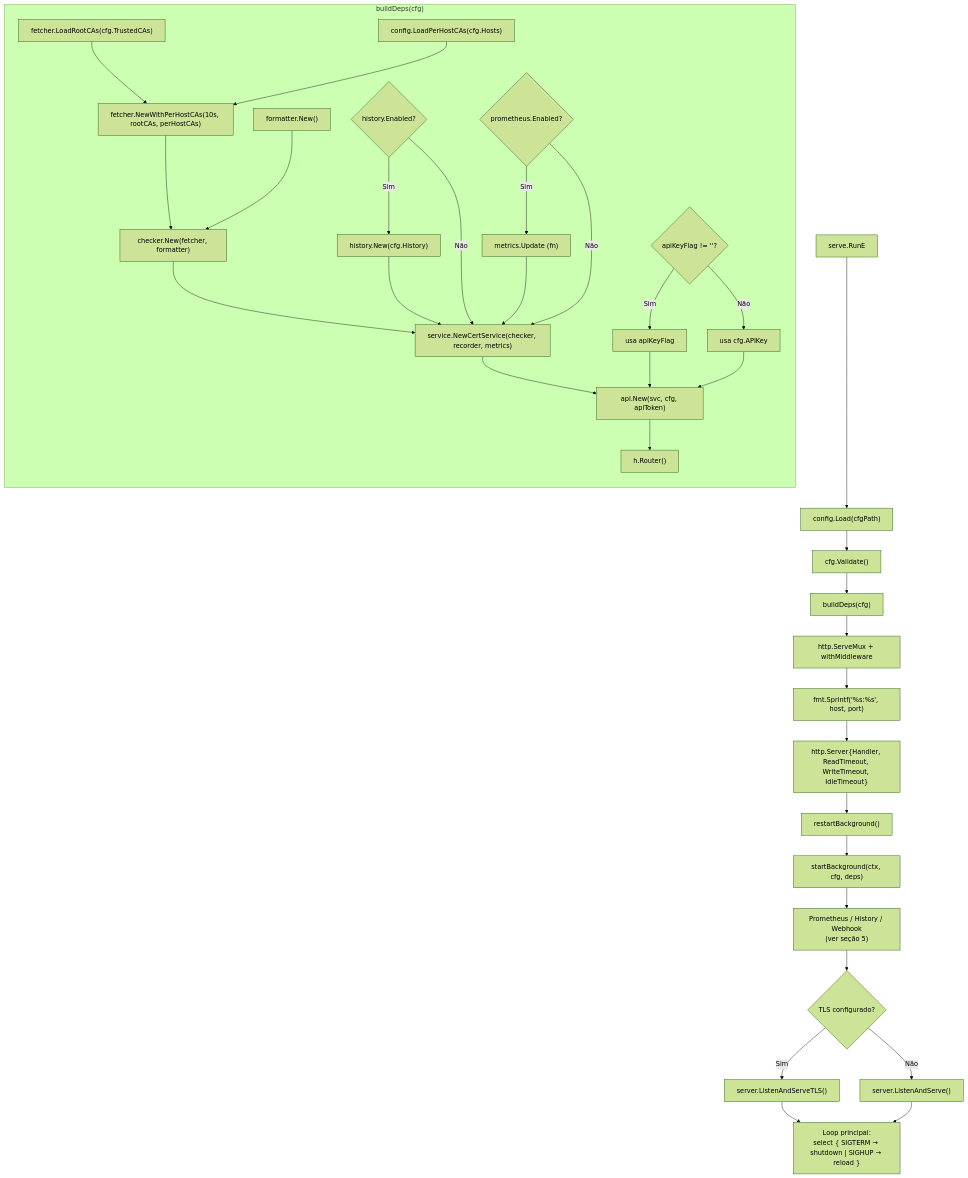
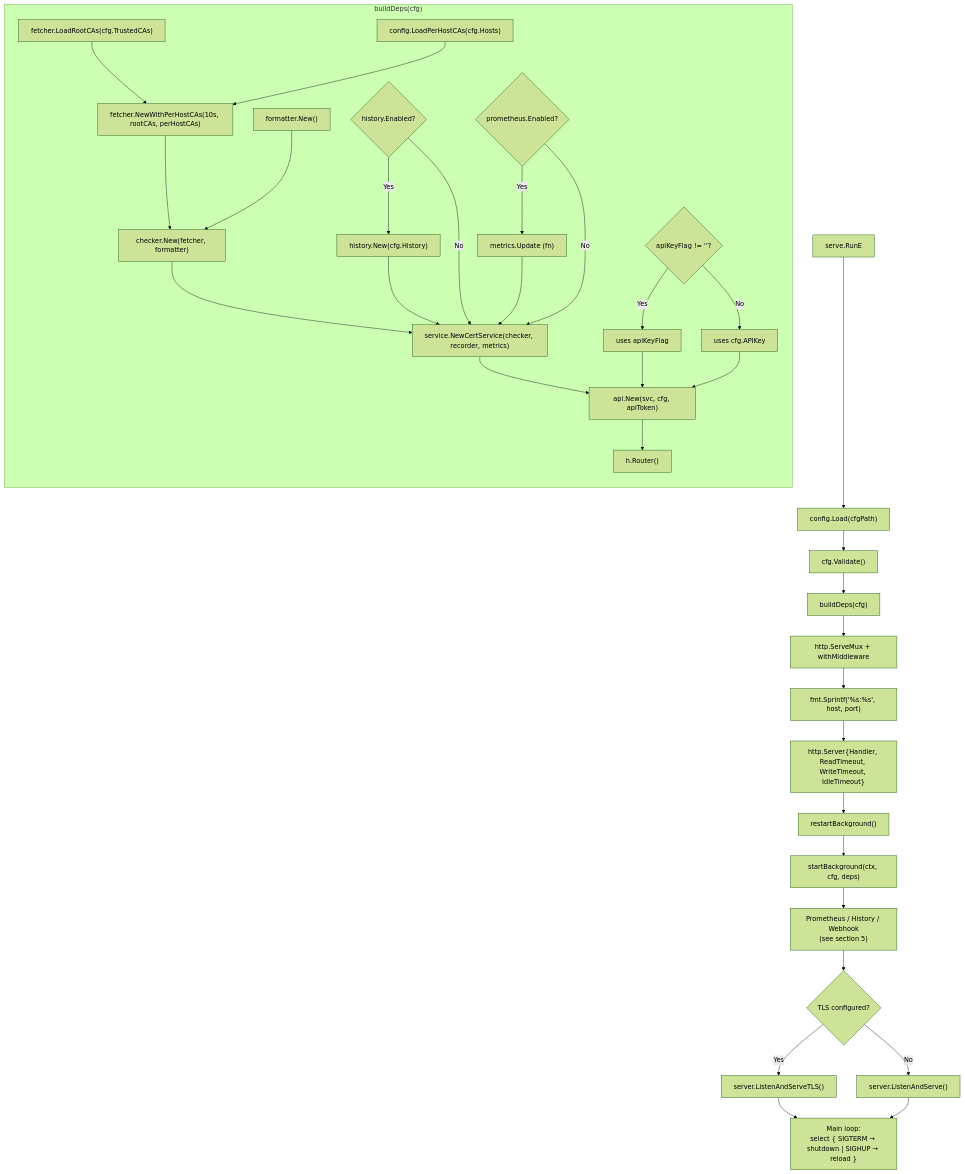
Before and after one commit to fabianoflorentino/certificate-validate: the tenth of 14 diagrams in docs/ARCHITECTURE.md, drawn with Mermaid (forest theme). The commit also changed other lines of this file and 2 other files, not shown here.

````diff
--- a/docs/ARCHITECTURE.md
+++ b/docs/ARCHITECTURE.md
@@ -538,55 +538,55 @@
 ```mermaid
 flowchart TB
     serveCmd["serve.RunE"] --> load["config.Load(cfgPath)"]
     load --> val["cfg.Validate()"]
     val --> build["buildDeps(cfg)"]
 
     subgraph buildDeps["buildDeps(cfg)"]
         direction TB
         b1["fetcher.LoadRootCAs(cfg.TrustedCAs)"]
         b2["config.LoadPerHostCAs(cfg.Hosts)"]
         b3["fetcher.NewWithPerHostCAs(10s, rootCAs, perHostCAs)"]
         b4["formatter.New()"]
         b5["checker.New(fetcher, formatter)"]
         b6{"history.Enabled?"}
         b7["history.New(cfg.History)"]
         b8{"prometheus.Enabled?"}
         b9["metrics.Update (fn)"]
         b10["service.NewCertService(checker, recorder, metrics)"]
         b11{"apiKeyFlag != ''?"}
-        b12["usa apiKeyFlag"]
-        b13["usa cfg.APIKey"]
+        b12["uses apiKeyFlag"]
+        b13["uses cfg.APIKey"]
         b14["api.New(svc, cfg, apiToken)"]
         b15["h.Router()"]
 
         b1 --> b3
         b2 --> b3
         b3 --> b5
         b4 --> b5
         b5 --> b10
-        b6 -->|"Sim"| b7 --> b10
-        b6 -->|"Não"| b10
-        b8 -->|"Sim"| b9 --> b10
-        b8 -->|"Não"| b10
+        b6 -->|"Yes"| b7 --> b10
+        b6 -->|"No"| b10
+        b8 -->|"Yes"| b9 --> b10
+        b8 -->|"No"| b10
         b10 --> b14
-        b11 -->|"Sim"| b12 --> b14
-        b11 -->|"Não"| b13 --> b14
+        b11 -->|"Yes"| b12 --> b14
+        b11 -->|"No"| b13 --> b14
         b14 --> b15
     end
 
     build --> mux["http.ServeMux + withMiddleware"]
     mux --> addr["fmt.Sprintf('%s:%s', host, port)"]
     addr --> server["http.Server{Handler, ReadTimeout, WriteTimeout, IdleTimeout}"]
 
     server --> bg["restartBackground()"]
     bg --> startBG["startBackground(ctx, cfg, deps)"]
 
-    startBG --> services["Prometheus / History / Webhook\n(ver seção 5)"]
+    startBG --> services["Prometheus / History / Webhook\n(see section 5)"]
 
-    services --> listen{"TLS configurado?"}
-    listen -->|"Sim"| tls["server.ListenAndServeTLS()"]
-    listen -->|"Não"| http["server.ListenAndServe()"]
+    services --> listen{"TLS configured?"}
+    listen -->|"Yes"| tls["server.ListenAndServeTLS()"]
+    listen -->|"No"| http["server.ListenAndServe()"]
 
-    tls --> loop["Loop principal:\nselect { SIGTERM → shutdown | SIGHUP → reload }"]
+    tls --> loop["Main loop:\nselect { SIGTERM → shutdown | SIGHUP → reload }"]
     http --> loop
 ```
````
